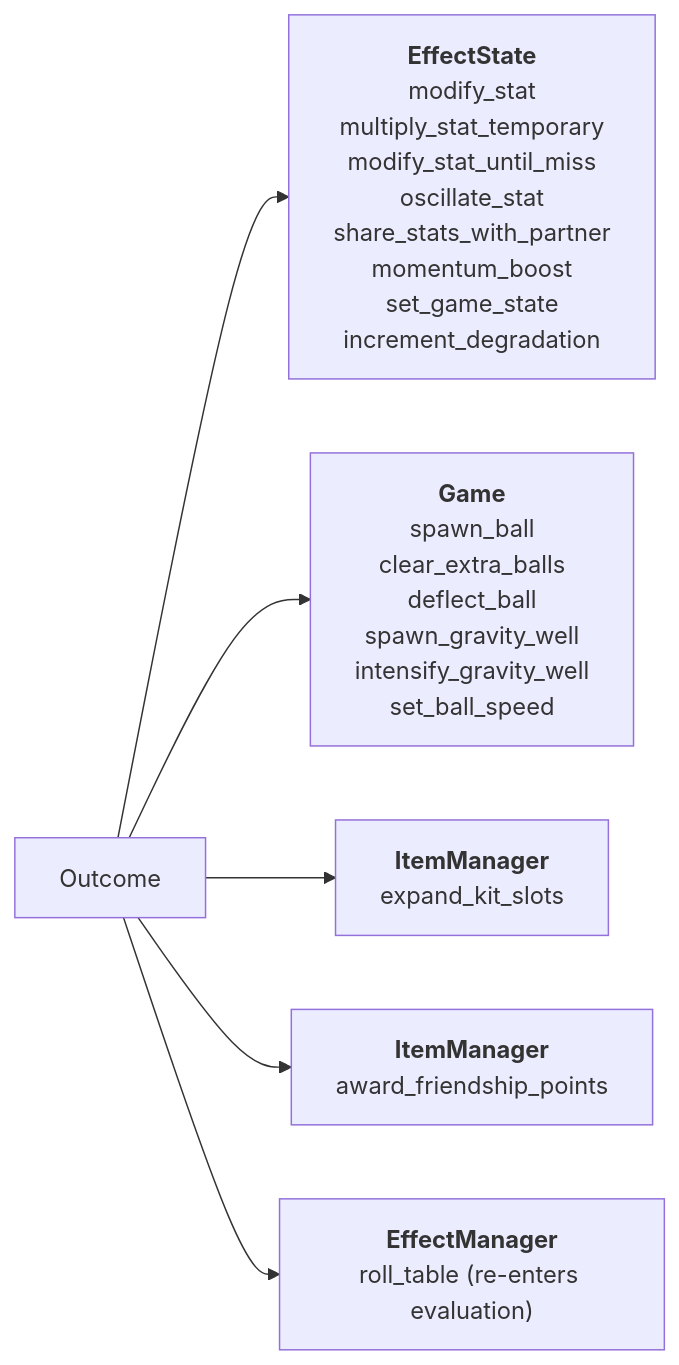
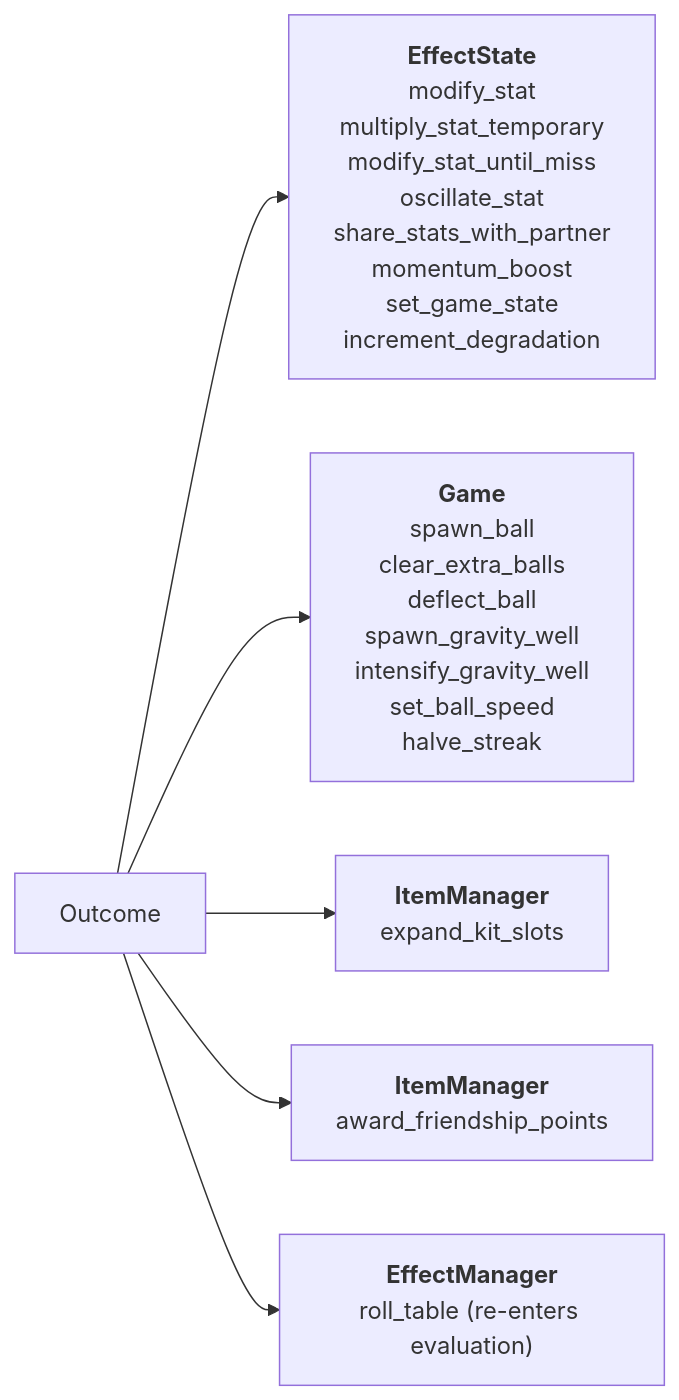
The third of 10 diagrams in designs/01-prototype/04-effect-system.md (J-Melon/volley-vendetta), drawn with Mermaid before and after one commit. The commit also changed other lines of this file and 4 other files, not shown here.

````diff
--- a/designs/01-prototype/04-effect-system.md
+++ b/designs/01-prototype/04-effect-system.md
@@ -256,8 +259,8 @@
 ```mermaid
 flowchart LR
     Outcome --> EffectState["<b>EffectState</b><br/>modify_stat<br/>multiply_stat_temporary<br/>modify_stat_until_miss<br/>oscillate_stat<br/>share_stats_with_partner<br/>momentum_boost<br/>set_game_state<br/>increment_degradation"]
-    Outcome --> GameActions["<b>Game</b><br/>spawn_ball<br/>clear_extra_balls<br/>deflect_ball<br/>spawn_gravity_well<br/>intensify_gravity_well<br/>set_ball_speed"]
+    Outcome --> GameActions["<b>Game</b><br/>spawn_ball<br/>clear_extra_balls<br/>deflect_ball<br/>spawn_gravity_well<br/>intensify_gravity_well<br/>set_ball_speed<br/>halve_streak"]
     Outcome --> ItemManager["<b>ItemManager</b><br/>expand_kit_slots"]
     Outcome --> Economy["<b>ItemManager</b><br/>award_friendship_points"]
     Outcome --> Self["<b>EffectManager</b><br/>roll_table (re-enters evaluation)"]
 ```
````
